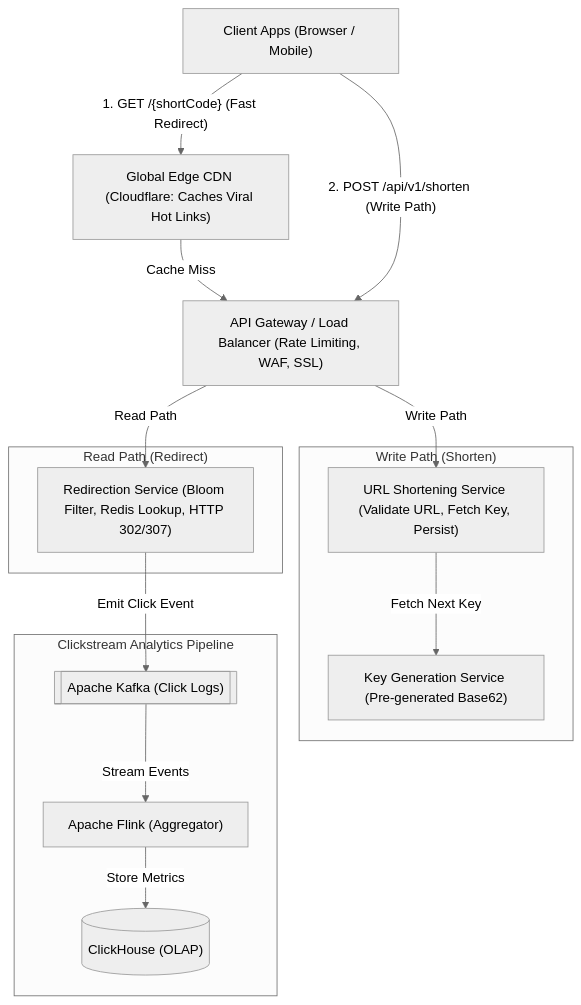
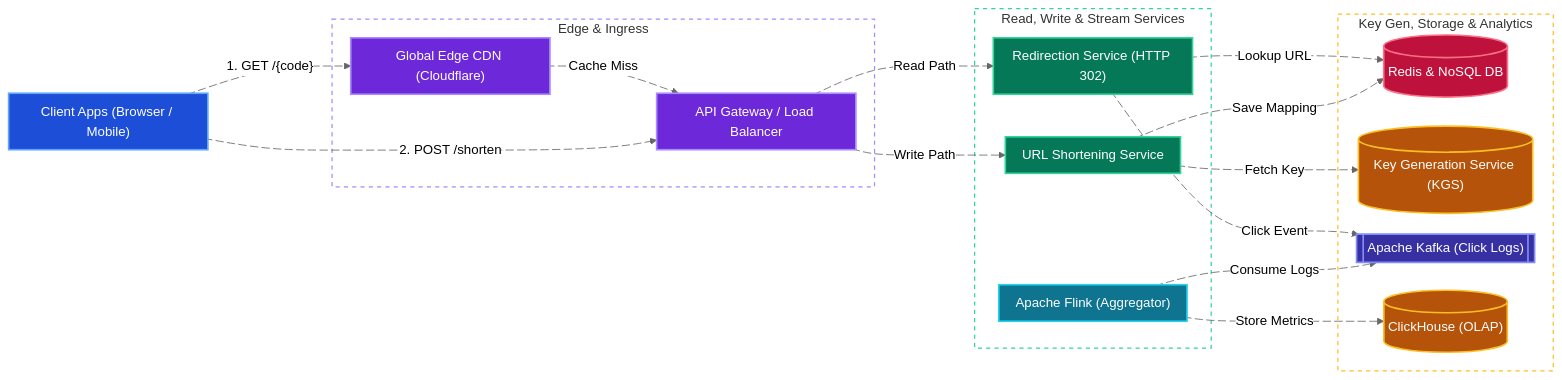
Before and after one commit to tarunbatta/tech-interview-prep: the first of 3 diagrams in system-design/bitly.md, drawn with Mermaid (neutral theme). The commit also changed other lines of this file and 30 other files, not shown here.

First line of the commit message:
docs(system-design): convert Mermaid flowcharts to LR with colors and animated edges

````diff
--- a/system-design/bitly.md
+++ b/system-design/bitly.md
@@ -76,27 +76,63 @@
 ```mermaid
-flowchart TD
+%%{init: {'flowchart': {'nodeSpacing': 25, 'rankSpacing': 45, 'padding': 10}}}%%
+flowchart LR
     Client["Client Apps (Browser / Mobile)"]
-    CDN["Global Edge CDN (Cloudflare: Caches Viral Hot Links)"]
-    GW["API Gateway / Load Balancer (Rate Limiting, WAF, SSL)"]
-    subgraph ReadPath["Read Path (Redirect)"]
-        RedirSvc["Redirection Service (Bloom Filter, Redis Lookup, HTTP 302/307)"]
+    subgraph EdgeTier["Edge & Ingress"]
+        CDN["Global Edge CDN (Cloudflare)"]
+        GW["API Gateway / Load Balancer"]
     end
-    subgraph WritePath["Write Path (Shorten)"]
-        ShortenSvc["URL Shortening Service (Validate URL, Fetch Key, Persist)"]
-        KGS["Key Generation Service (Pre-generated Base62)"]
+    subgraph AppServices["Read, Write & Stream Services"]
+        RedirSvc["Redirection Service (HTTP 302)"]
+        ShortenSvc["URL Shortening Service"]
+        Flink["Apache Flink (Aggregator)"]
     end
-    subgraph AnalyticsPipeline["Clickstream Analytics Pipeline"]
+    subgraph DataLayer["Key Gen, Storage & Analytics"]
+        Redis[("Redis & NoSQL DB")]
+        KGS[("Key Generation Service (KGS)")]
         Kafka[["Apache Kafka (Click Logs)"]]
-        Flink["Apache Flink (Aggregator)"]
         ClickHouse[("ClickHouse (OLAP)")]
     end
-    Client -->|"1. GET /{shortCode} (Fast Redirect)"| CDN
-    CDN -->|"Cache Miss"| GW
-    Client -->|"2. POST /api/v1/shorten (Write Path)"| GW
-    GW -->|"Read Path"| RedirSvc
-    GW -->|"Write Path"| ShortenSvc
-    ShortenSvc -->|"Fetch Next Key"| KGS
-    RedirSvc -->|"Emit Click Event"| Kafka
-    Kafka -->|"Stream Events"| Flink
-    Flink -->|"Store Metrics"| ClickHouse
+    Client e1@-->|"1. GET /{code}"| CDN
+    CDN e2@-->|"Cache Miss"| GW
+    Client e3@-->|"2. POST /shorten"| GW
+    GW e4@-->|"Read Path"| RedirSvc
+    GW e5@-->|"Write Path"| ShortenSvc
+    RedirSvc e6@-->|"Lookup URL"| Redis
+    RedirSvc e7@-->|"Click Event"| Kafka
+    ShortenSvc e8@-->|"Fetch Key"| KGS
+    ShortenSvc e9@-->|"Save Mapping"| Redis
+    Flink e10@-->|"Consume Logs"| Kafka
+    Flink e11@-->|"Store Metrics"| ClickHouse
+
+    e1@{ animate: true }
+    e2@{ animate: true }
+    e3@{ animate: true }
+    e4@{ animate: true }
+    e5@{ animate: true }
+    e6@{ animate: true }
+    e7@{ animate: true }
+    e8@{ animate: true }
+    e9@{ animate: true }
+    e10@{ animate: true }
+    e11@{ animate: true }
+
+    classDef client fill:#1d4ed8,stroke:#60a5fa,stroke-width:2px,color:#ffffff
+    classDef edge fill:#6d28d9,stroke:#a78bfa,stroke-width:2px,color:#ffffff
+    classDef service fill:#047857,stroke:#34d399,stroke-width:2px,color:#ffffff
+    classDef worker fill:#0e7490,stroke:#22d3ee,stroke-width:2px,color:#ffffff
+    classDef cache fill:#be123c,stroke:#fb7185,stroke-width:2px,color:#ffffff
+    classDef storage fill:#b45309,stroke:#fbbf24,stroke-width:2px,color:#ffffff
+    classDef queue fill:#3730a3,stroke:#818cf8,stroke-width:2px,color:#ffffff
+
+    class Client client
+    class CDN,GW edge
+    class RedirSvc,ShortenSvc service
+    class Flink worker
+    class Redis cache
+    class KGS,ClickHouse storage
+    class Kafka queue
+
+    style EdgeTier fill:transparent,stroke:#a78bfa,stroke-width:1.5px,stroke-dasharray: 5 5
+    style AppServices fill:transparent,stroke:#34d399,stroke-width:1.5px,stroke-dasharray: 5 5
+    style DataLayer fill:transparent,stroke:#fbbf24,stroke-width:1.5px,stroke-dasharray: 5 5
 ```
````
